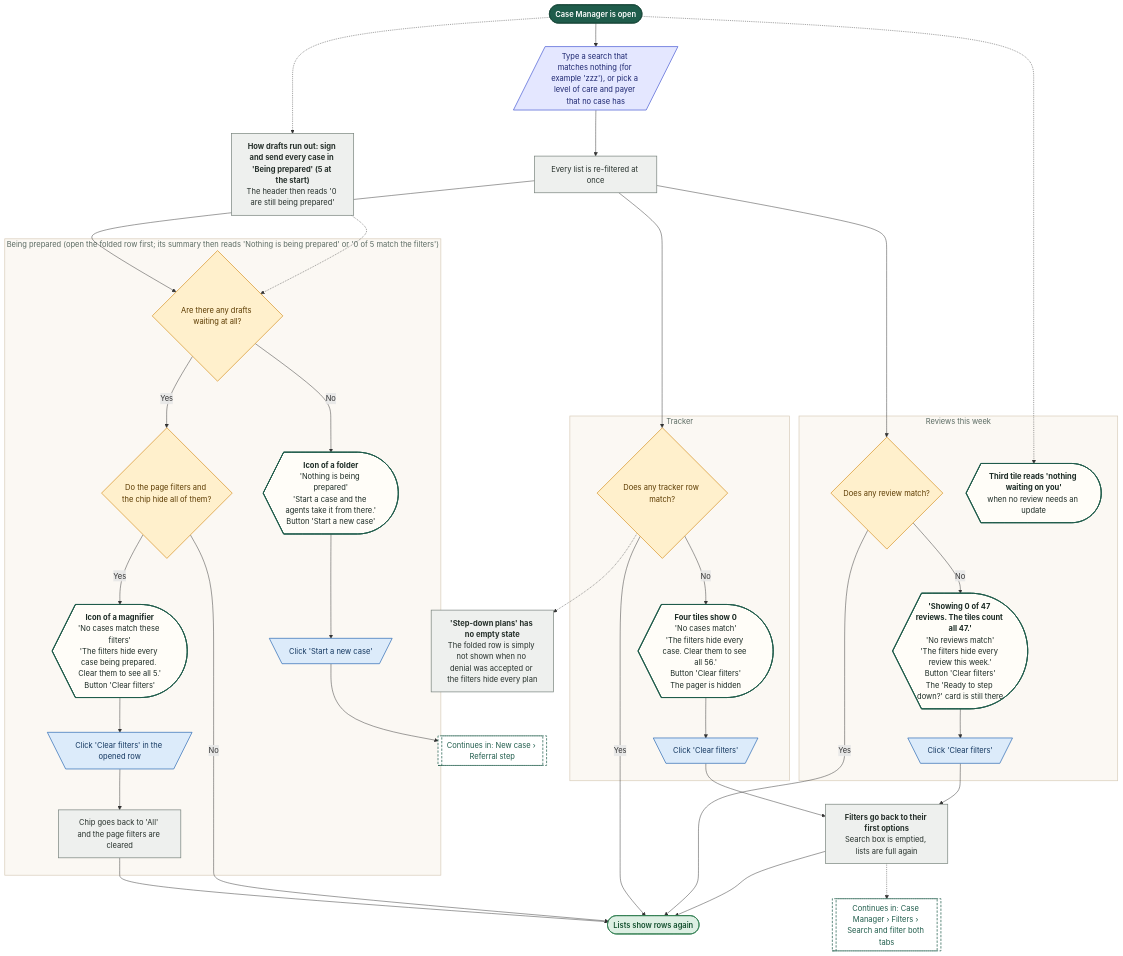
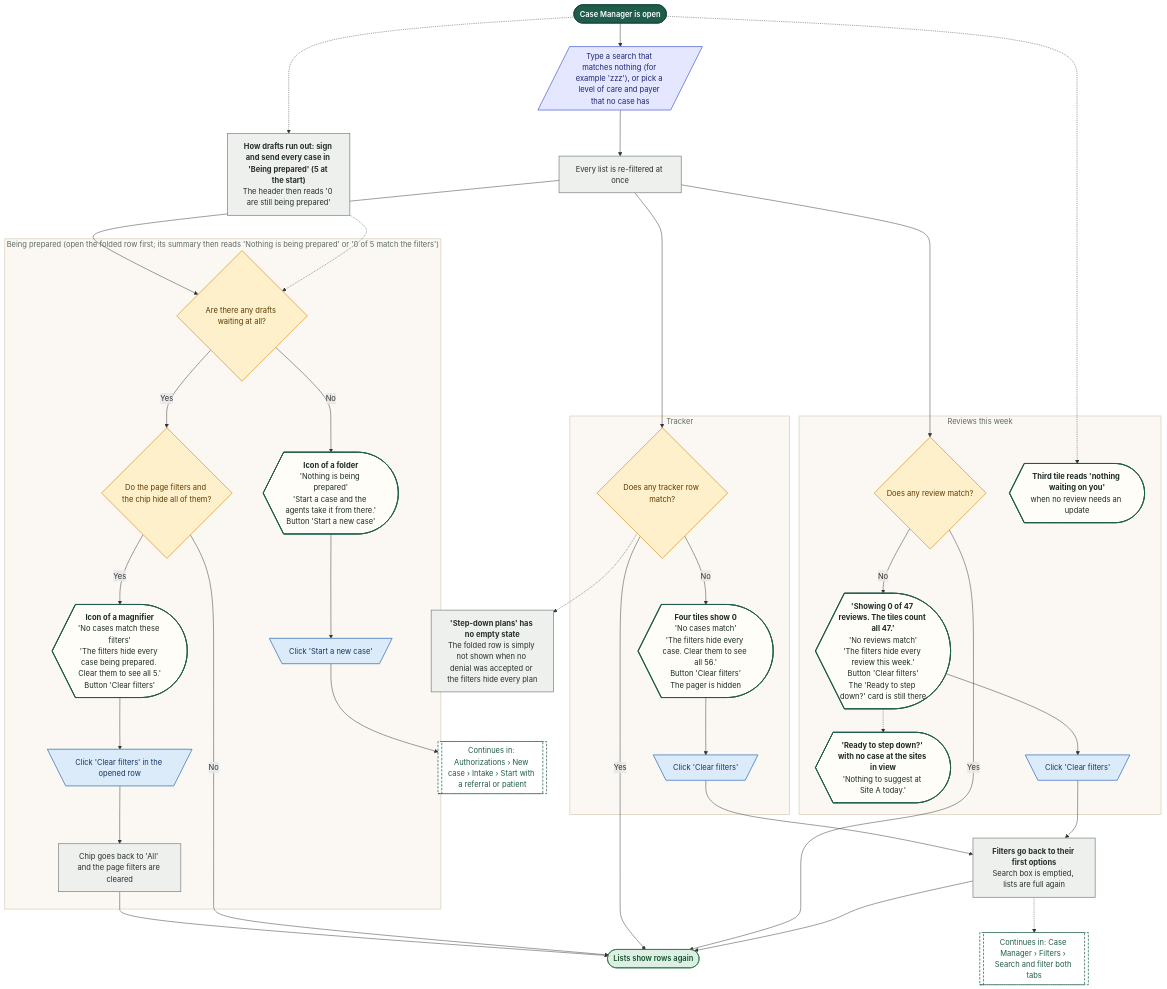
Before and after one commit to Shrav143/psyfloapp: diagram 21 of 24 in demos/prior-auth-demo/workflows/out/md/07-case-manager.md, drawn with Mermaid. The commit also changed other lines of this file and 251 other files, not shown here.

First line of the commit message:
docs: rebuild the workflow diagrams (291) for round 4

````diff
--- a/demos/prior-auth-demo/workflows/out/md/07-case-manager.md
+++ b/demos/prior-auth-demo/workflows/out/md/07-case-manager.md
@@ -1436,78 +1524,80 @@
 ```mermaid
 %%{init: {"theme":"base","themeVariables":{"fontFamily":"'DM Sans', 'Segoe UI', system-ui, sans-serif","fontSize":"15px","lineColor":"#5B6B63","primaryTextColor":"#1C2B25","clusterBkg":"#FBF8F3","clusterBorder":"#D9CDBB","edgeLabelBackground":"#FFFFFF"},"flowchart":{"curve":"basis","nodeSpacing":36,"rankSpacing":48,"padding":12,"htmlLabels":true,"useMaxWidth":false,"wrappingWidth":230}} }%%
 flowchart TD
   classDef k_start fill:#1F5C4B,stroke:#174638,color:#FFFFFF,stroke-width:1.5px,font-weight:600
   classDef k_end fill:#DDEFE3,stroke:#2E7D4F,color:#14502F,stroke-width:1.5px,font-weight:600
   classDef k_endx fill:#FBE3E0,stroke:#C0392B,color:#7A1F16,stroke-width:1.5px,font-weight:600
   classDef k_screen fill:#FFFDF8,stroke:#1F5C4B,color:#1C2B25,stroke-width:2px
   classDef k_overlay fill:#F1F7F3,stroke:#1F5C4B,color:#1C2B25,stroke-width:2px,stroke-dasharray:5 3
   classDef k_click fill:#DCEBFA,stroke:#2F6DB5,color:#12365F,stroke-width:1.5px
   classDef k_input fill:#E4E7FF,stroke:#4C5FD5,color:#1D2670,stroke-width:1.5px
   classDef k_process fill:#EEF0EE,stroke:#7A857F,color:#26302B,stroke-width:1.5px
   classDef k_agent fill:#EEE5FA,stroke:#7A4FC2,color:#341A63,stroke-width:1.5px
   classDef k_decision fill:#FFF0CC,stroke:#D9962B,color:#5C3B00,stroke-width:1.5px
   classDef k_store fill:#D5F0EA,stroke:#1C8E7B,color:#0B4A3F,stroke-width:1.5px
   classDef k_doc fill:#F6E9DC,stroke:#B07A4C,color:#4A2E14,stroke-width:1.5px
   classDef k_ext fill:#FFE6D2,stroke:#E07B39,color:#6B2F06,stroke-width:1.5px
   classDef k_wait fill:#E4E8EE,stroke:#6B7C93,color:#26303D,stroke-width:1.5px
   classDef k_toast fill:#FFF9DB,stroke:#C9A400,color:#5A4A00,stroke-width:1.5px
   classDef k_goto fill:#FFFFFF,stroke:#1F5C4B,color:#1F5C4B,stroke-width:1.5px,stroke-dasharray:5 3
   s1@{ shape: stadium, label: "Case Manager is open" }
   i1@{ shape: lean-r, label: "Type a search that matches nothing (for example 'zzz'), or pick a level of care and payer that no case has" }
   p1@{ shape: rect, label: "Every list is re-filtered at once" }
   subgraph gPrep ["Being prepared (open the folded row first; its summary then reads 'Nothing is being prepared' or '0 of 5 match the filters')"]
   d1@{ shape: diam, label: "Are there any drafts waiting at all?" }
   e1s@{ shape: curv-trap, label: "<b>Icon of a folder</b><br/>'Nothing is being prepared'<br/>'Start a case and the agents take it from there.'<br/>Button 'Start a new case'" }
   c1@{ shape: trap-t, label: "Click 'Start a new case'" }
   d2@{ shape: diam, label: "Do the page filters and the chip hide all of them?" }
   e2s@{ shape: curv-trap, label: "<b>Icon of a magnifier</b><br/>'No cases match these filters'<br/>'The filters hide every case being prepared. Clear them to see all 5.'<br/>Button 'Clear filters'" }
   c2@{ shape: trap-t, label: "Click 'Clear filters' in the opened row" }
   p2@{ shape: rect, label: "Chip goes back to 'All' and the page filters are cleared" }
   end
   subgraph gTrack ["Tracker"]
   d3@{ shape: diam, label: "Does any tracker row match?" }
   e3s@{ shape: curv-trap, label: "<b>Four tiles show 0</b><br/>'No cases match'<br/>'The filters hide every case. Clear them to see all 56.'<br/>Button 'Clear filters'<br/>The pager is hidden" }
   c3@{ shape: trap-t, label: "Click 'Clear filters'" }
   end
   subgraph gRev ["Reviews this week"]
   d4@{ shape: diam, label: "Does any review match?" }
   e4s@{ shape: curv-trap, label: "<b>'Showing 0 of 47 reviews. The tiles count all 47.'</b><br/>'No reviews match'<br/>'The filters hide every review this week.'<br/>Button 'Clear filters'<br/>The 'Ready to step down?' card is still there" }
+  e6s@{ shape: curv-trap, label: "<b>'Ready to step down?' with no case at the sites in view</b><br/>'Nothing to suggest at Site A today.'" }
   c4@{ shape: trap-t, label: "Click 'Clear filters'" }
   e5s@{ shape: curv-trap, label: "<b>Third tile reads 'nothing waiting on you'</b><br/>when no review needs an update" }
   end
   p3@{ shape: rect, label: "<b>Filters go back to their first options</b><br/>Search box is emptied, lists are full again" }
   g1@{ shape: subproc, label: "Continues in: Case Manager › Filters › Search and filter both tabs" }
-  g2@{ shape: subproc, label: "Continues in: New case › Referral step" }
+  g2@{ shape: subproc, label: "Continues in: Authorizations › New case › Intake › Start with a referral or patient" }
   p4@{ shape: rect, label: "<b>How drafts run out: sign and send every case in 'Being prepared' (5 at the start)</b><br/>The header then reads '0 are still being prepared'" }
   p5@{ shape: rect, label: "<b>'Step-down plans' has no empty state</b><br/>The folded row is simply not shown when no denial was accepted or the filters hide every plan" }
   e1@{ shape: stadium, label: "Lists show rows again" }
   s1 --> i1 --> p1
   p1 --> d1
   d1 -->|"No"| e1s --> c1 --> g2
   d1 -->|"Yes"| d2
   d2 -->|"Yes"| e2s --> c2 --> p2 --> e1
   d2 -->|"No"| e1
   p1 --> d3
   d3 -->|"No"| e3s --> c3 --> p3
   d3 -->|"Yes"| e1
   p1 --> d4
   d4 -->|"No"| e4s --> c4 --> p3
   d4 -->|"Yes"| e1
   p3 --> e1
   p3 -.-> g1
+  e4s -.-> e6s
   s1 -.-> p4
   p4 -.-> d1
   s1 -.-> e5s
   d3 -.-> p5
   class s1 k_start
   class i1 k_input
   class p1,p2,p3,p4,p5 k_process
   class d1,d2,d3,d4 k_decision
-  class e1s,e2s,e3s,e4s,e5s k_screen
+  class e1s,e2s,e3s,e4s,e6s,e5s k_screen
   class c1,c2,c3,c4 k_click
   class g1,g2 k_goto
   class e1 k_end
   style gPrep fill:#FBF8F3,stroke:#D9CDBB,stroke-width:1.5px,color:#5B6B63
   style gTrack fill:#FBF8F3,stroke:#D9CDBB,stroke-width:1.5px,color:#5B6B63
   style gRev fill:#FBF8F3,stroke:#D9CDBB,stroke-width:1.5px,color:#5B6B63
 ```
````
